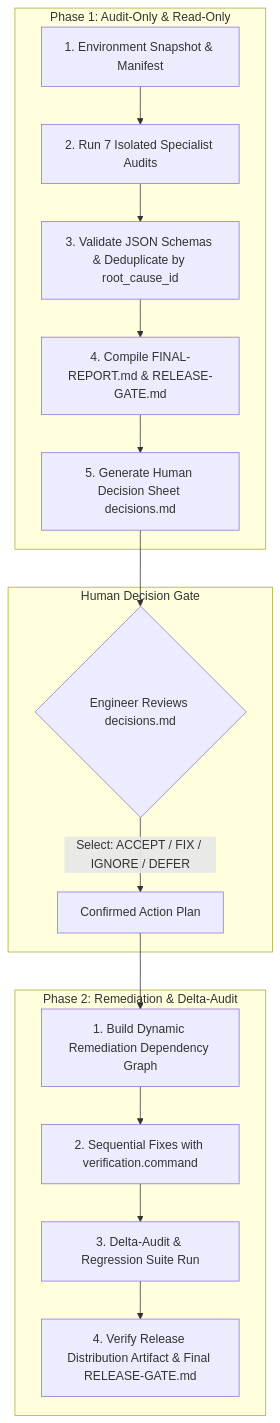
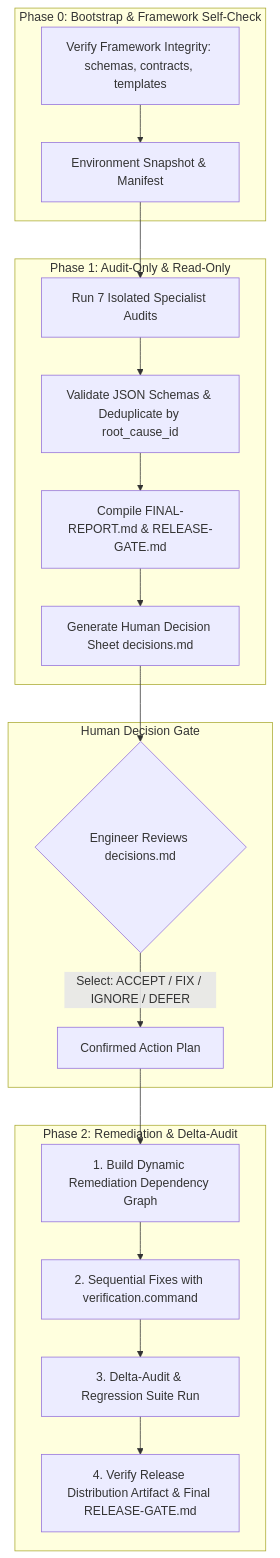
The diagram in README.md (alex-kassel/laravel-package-audit), drawn with Mermaid before and after one commit. The commit also changed other lines of this file and 5 other files, not shown here.

Commit message:
refactor(framework): refine release verdict, add bootstrap self-check, decouple monorepo adapters, and enforce consumer isolation

````diff
--- a/README.md
+++ b/README.md
@@ -81,21 +81,25 @@
 ```mermaid
 flowchart TD
+    subgraph Phase 0 [Phase 0: Bootstrap & Framework Self-Check]
+        S0[Verify Framework Integrity: schemas, contracts, templates] --> A[Environment Snapshot & Manifest]
+    end
+
     subgraph Phase 1 [Phase 1: Audit-Only & Read-Only]
-        A[1. Environment Snapshot & Manifest] --> B[2. Run 7 Isolated Specialist Audits]
-        B --> C[3. Validate JSON Schemas & Deduplicate by root_cause_id]
-        C --> D[4. Compile FINAL-REPORT.md & RELEASE-GATE.md]
-        D --> E[5. Generate Human Decision Sheet decisions.md]
+        A --> B[Run 7 Isolated Specialist Audits]
+        B --> C[Validate JSON Schemas & Deduplicate by root_cause_id]
+        C --> D[Compile FINAL-REPORT.md & RELEASE-GATE.md]
+        D --> E[Generate Human Decision Sheet decisions.md]
     end
 
     subgraph Gate [Human Decision Gate]
         E --> F{Engineer Reviews decisions.md}
         F -->|Select: ACCEPT / FIX / IGNORE / DEFER| G[Confirmed Action Plan]
     end
 
     subgraph Phase 2 [Phase 2: Remediation & Delta-Audit]
         G --> H[1. Build Dynamic Remediation Dependency Graph]
         H --> I[2. Sequential Fixes with verification.command]
         I --> J[3. Delta-Audit & Regression Suite Run]
         J --> K[4. Verify Release Distribution Artifact & Final RELEASE-GATE.md]
     end
 ```
````
